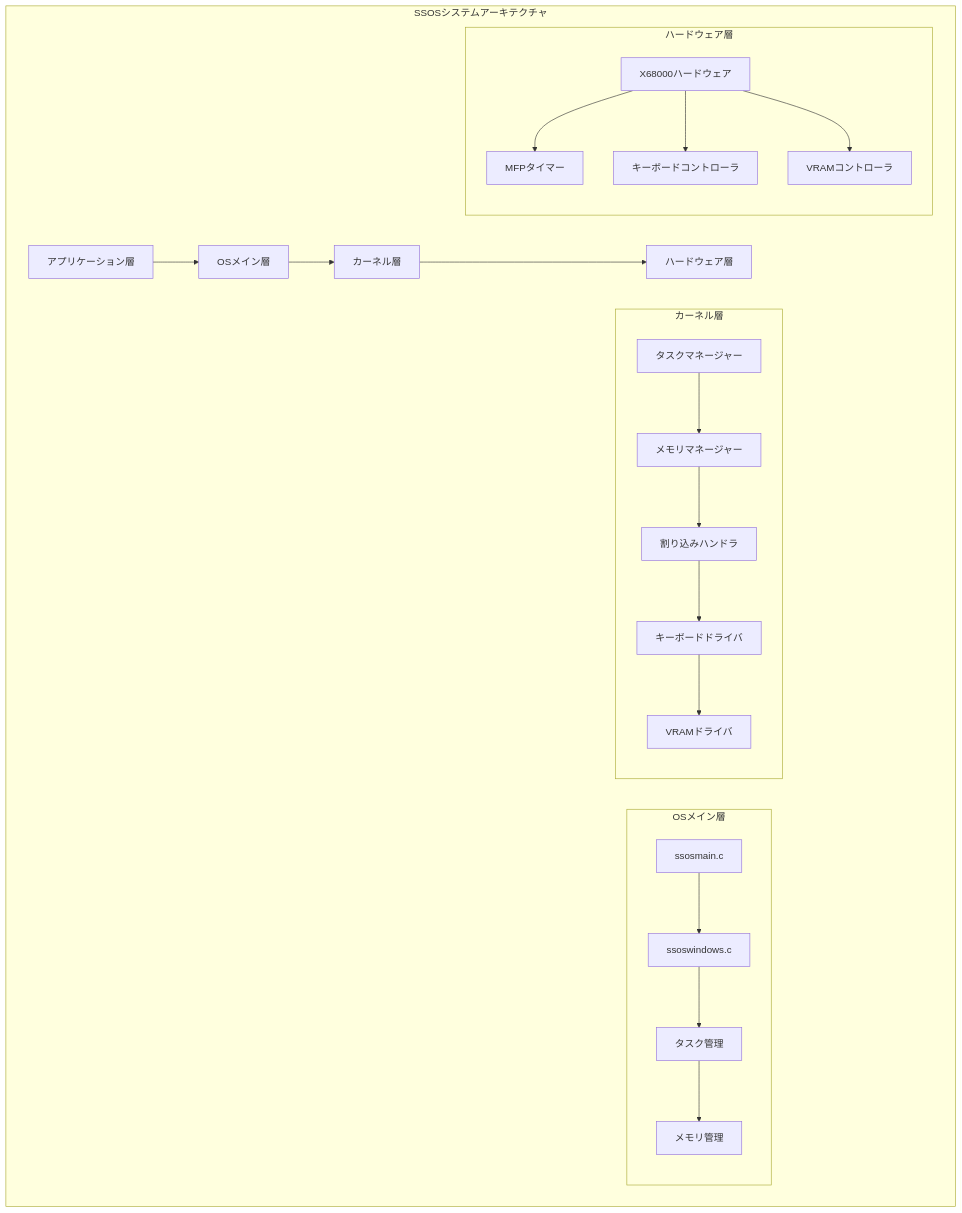
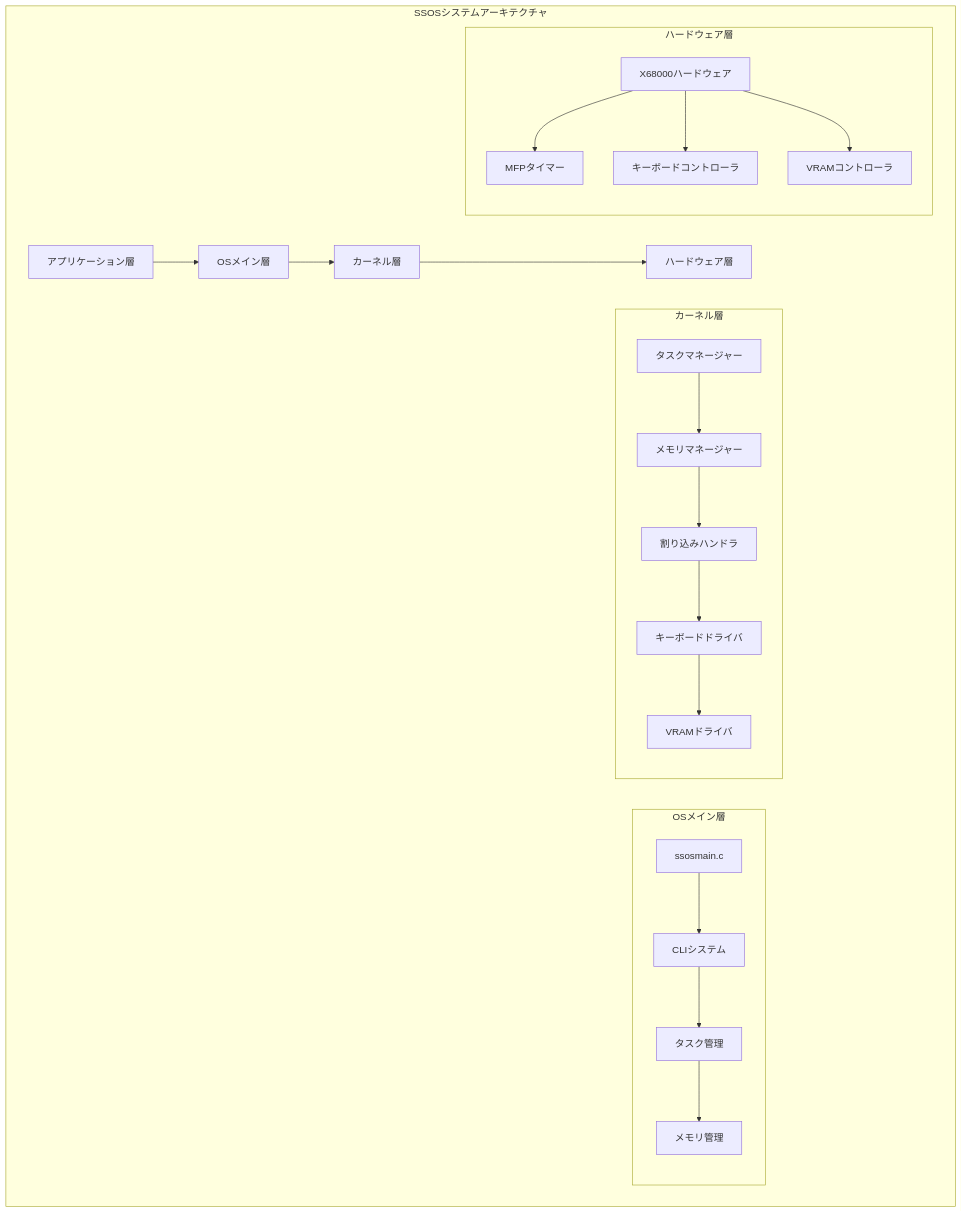
One commit to sokoide/ssos-68k changed the first of 13 diagrams in ARCHITECTURE_jp.md. Above: the diagram before and after it, drawn with Mermaid. The commit also changed other lines of this file and 5 other files, not shown here.

````diff
--- a/ARCHITECTURE_jp.md
+++ b/ARCHITECTURE_jp.md
@@ -18,28 +18,28 @@
 ```mermaid
 graph TB
     subgraph "SSOSシステムアーキテクチャ"
         A[アプリケーション層] --> B[OSメイン層]
         B --> C[カーネル層]
         C --> D[ハードウェア層]
 
         subgraph "OSメイン層"
-            B1[ssosmain.c] --> B2[ssoswindows.c]
+            B1[ssosmain.c] --> B2[CLIシステム]
             B2 --> B3[タスク管理]
             B3 --> B4[メモリ管理]
         end
 
         subgraph "カーネル層"
             C1[タスクマネージャー] --> C2[メモリマネージャー]
             C2 --> C3[割り込みハンドラ]
             C3 --> C4[キーボードドライバ]
             C4 --> C5[VRAMドライバ]
         end
 
         subgraph "ハードウェア層"
             D1[X68000ハードウェア]
             D1 --> D2[MFPタイマー]
             D1 --> D3[キーボードコントローラ]
             D1 --> D4[VRAMコントローラ]
         end
     end
 ```
````
